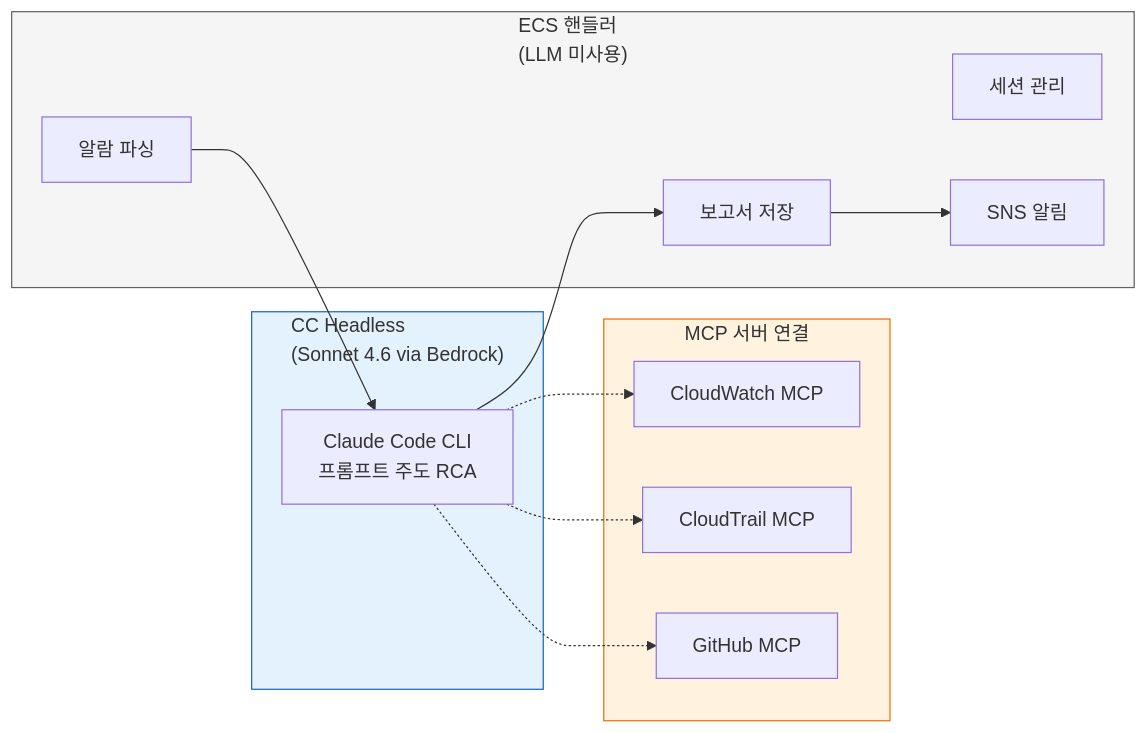
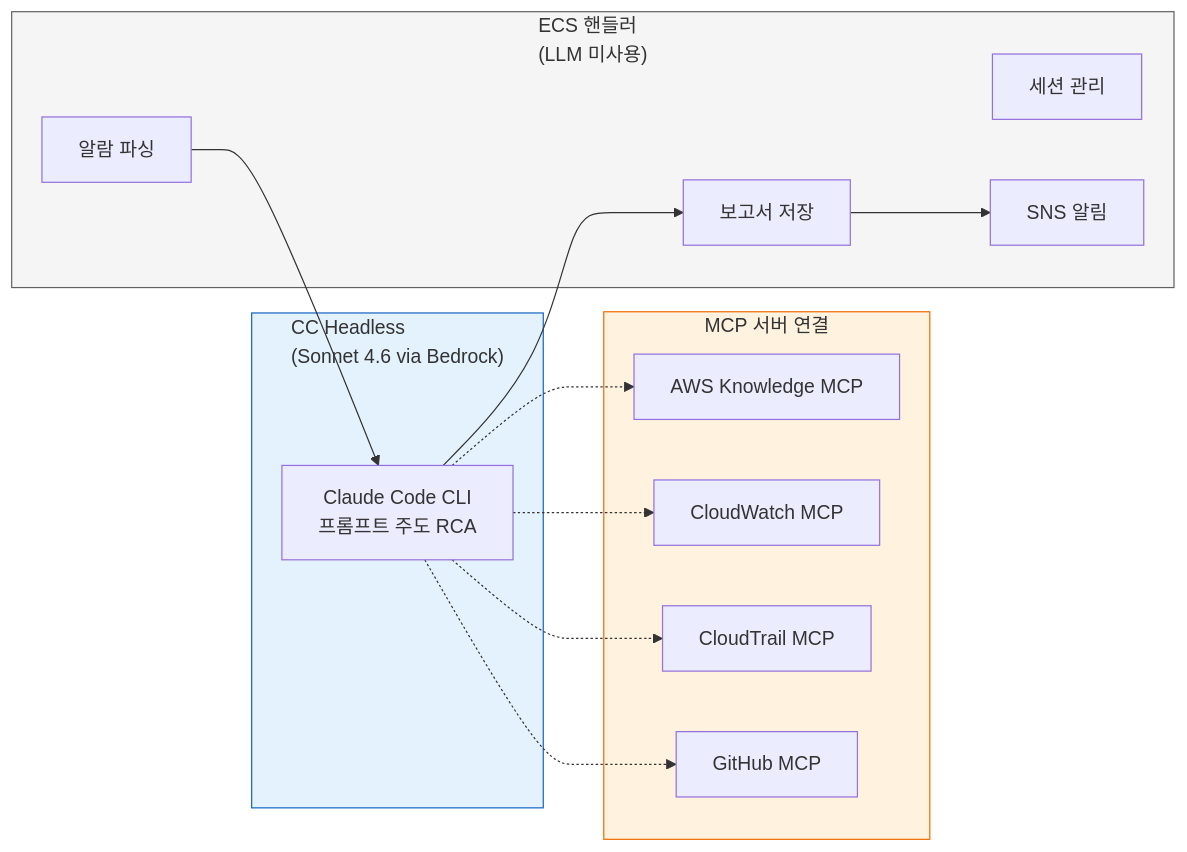
One commit to haandol/rca-agent changed the seventh of 7 diagrams in docs/architecture-and-demo-flow.md. Above: the diagram before and after it, drawn with Mermaid. The commit also changed other lines of this file and 12 other files, not shown here.

````diff
--- a/docs/architecture-and-demo-flow.md
+++ b/docs/architecture-and-demo-flow.md
@@ -477,28 +469,30 @@
 ```mermaid
 flowchart LR
     subgraph CCModel["CC Headless<br/>(Sonnet 4.6 via Bedrock)"]
         CC["Claude Code CLI<br/>프롬프트 주도 RCA"]
     end
 
     subgraph MCP["MCP 서버 연결"]
+        AK["AWS Knowledge MCP"]
         CW["CloudWatch MCP"]
         CT["CloudTrail MCP"]
         GH["GitHub MCP"]
     end
 
     subgraph Handler["ECS 핸들러<br/>(LLM 미사용)"]
         PARSE["알람 파싱"]
         SESSION["세션 관리"]
         REPORT_S["보고서 저장"]
         NOTIFY["SNS 알림"]
     end
 
+    CC -.-> AK
     CC -.-> CW
     CC -.-> CT
     CC -.-> GH
     PARSE --> CC --> REPORT_S --> NOTIFY
 
     style CCModel fill:#e3f2fd,stroke:#1565c0
     style MCP fill:#fff3e0,stroke:#ef6c00
     style Handler fill:#f5f5f5,stroke:#616161
 ```
````
